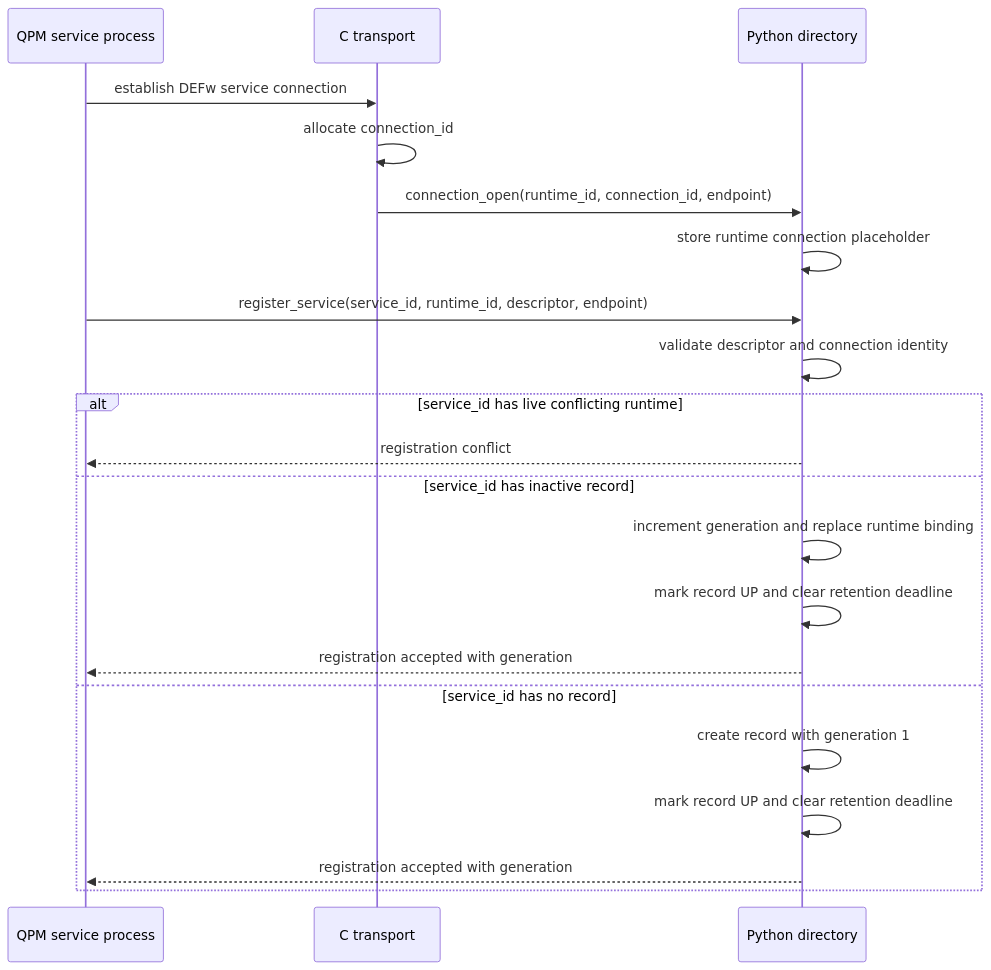
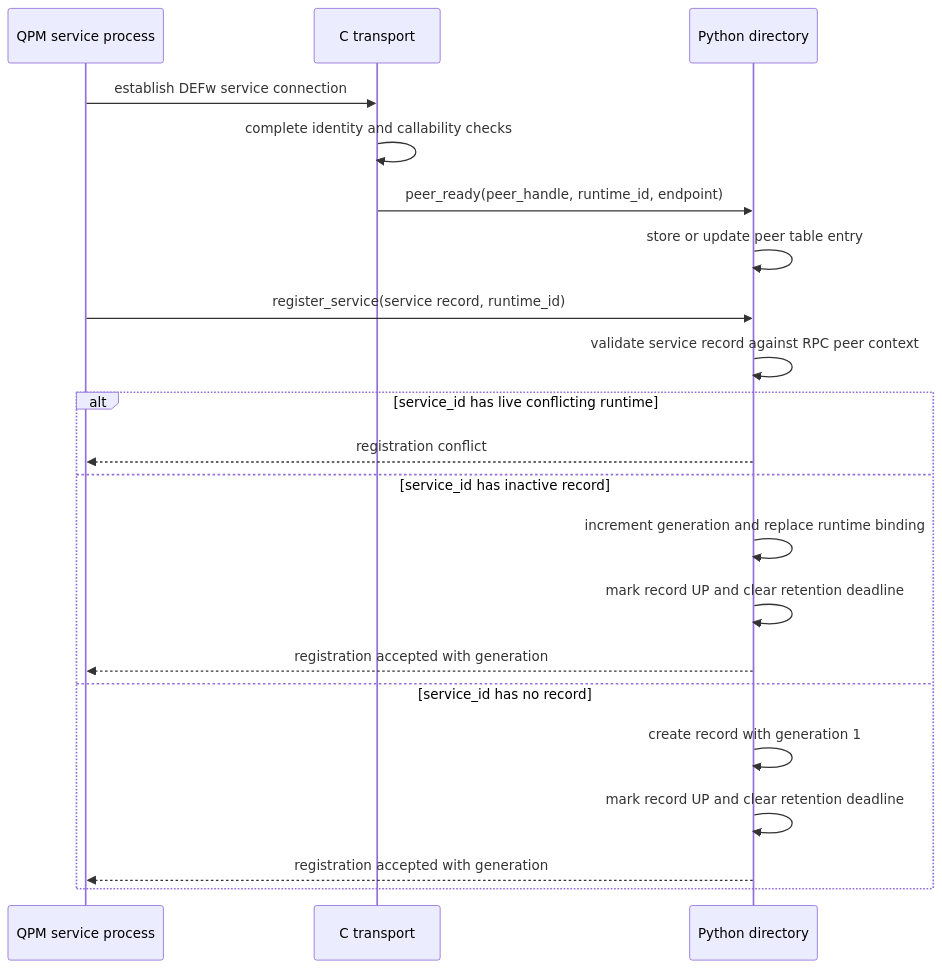
One commit to openQSE/QFw changed the sixth of 8 diagrams in docs/detailed-design.md. Above: the diagram before and after it, drawn with Mermaid. The commit also changed other lines of this file, not shown here.

````diff
--- a/docs/detailed-design.md
+++ b/docs/detailed-design.md
@@ -633,24 +931,24 @@
 ```mermaid
 sequenceDiagram
     participant Service as QPM service process
     participant C as C transport
     participant Dir as Python directory
 
     Service->>C: establish DEFw service connection
-    C->>C: allocate connection_id
-    C->>Dir: connection_open(runtime_id, connection_id, endpoint)
-    Dir->>Dir: store runtime connection placeholder
-    Service->>Dir: register_service(service_id, runtime_id, descriptor, endpoint)
-    Dir->>Dir: validate descriptor and connection identity
+    C->>C: complete identity and callability checks
+    C->>Dir: peer_ready(peer_handle, runtime_id, endpoint)
+    Dir->>Dir: store or update peer table entry
+    Service->>Dir: register_service(service record, runtime_id)
+    Dir->>Dir: validate service record against RPC peer context
     alt service_id has live conflicting runtime
         Dir-->>Service: registration conflict
     else service_id has inactive record
         Dir->>Dir: increment generation and replace runtime binding
         Dir->>Dir: mark record UP and clear retention deadline
         Dir-->>Service: registration accepted with generation
     else service_id has no record
         Dir->>Dir: create record with generation 1
         Dir->>Dir: mark record UP and clear retention deadline
         Dir-->>Service: registration accepted with generation
     end
 ```
````
